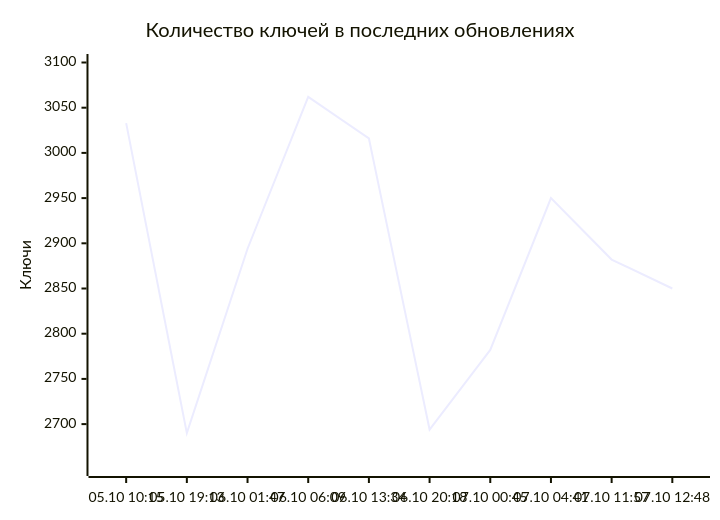
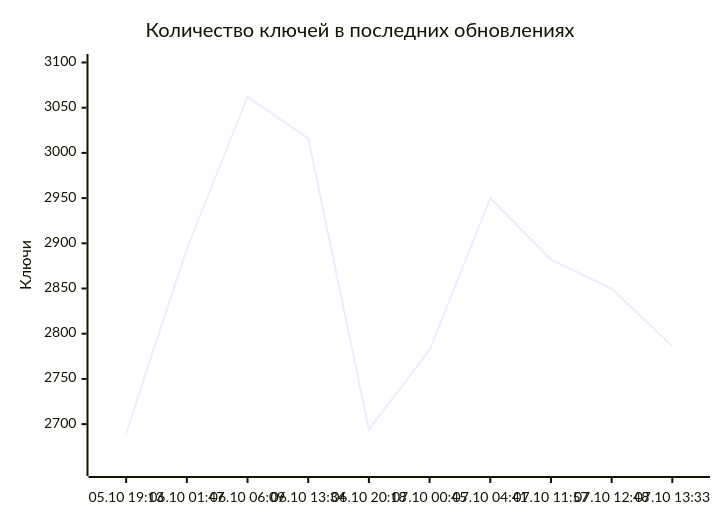
Before and after one commit to markKikhtenko/WireVeil: the diagram in README.md, drawn with Mermaid. The commit also changed other lines of this file and 11 other files, not shown here.

````diff
--- a/README.md
+++ b/README.md
@@ -55,7 +55,7 @@
 ```mermaid
 xychart-beta
     title "Количество ключей в последних обновлениях"
-    x-axis ["05.10 10:15", "05.10 19:13", "06.10 01:47", "06.10 06:09", "06.10 13:34", "06.10 20:18", "07.10 00:45", "07.10 04:41", "07.10 11:57", "07.10 12:48"]
+    x-axis ["05.10 19:13", "06.10 01:47", "06.10 06:09", "06.10 13:34", "06.10 20:18", "07.10 00:45", "07.10 04:41", "07.10 11:57", "07.10 12:48", "07.10 13:33"]
     y-axis "Ключи" 2652 --> 3100
-    line [3033, 2690, 2894, 3062, 3016, 2694, 2782, 2950, 2882, 2850]
+    line [2690, 2894, 3062, 3016, 2694, 2782, 2950, 2882, 2850, 2786]
 ```
````
